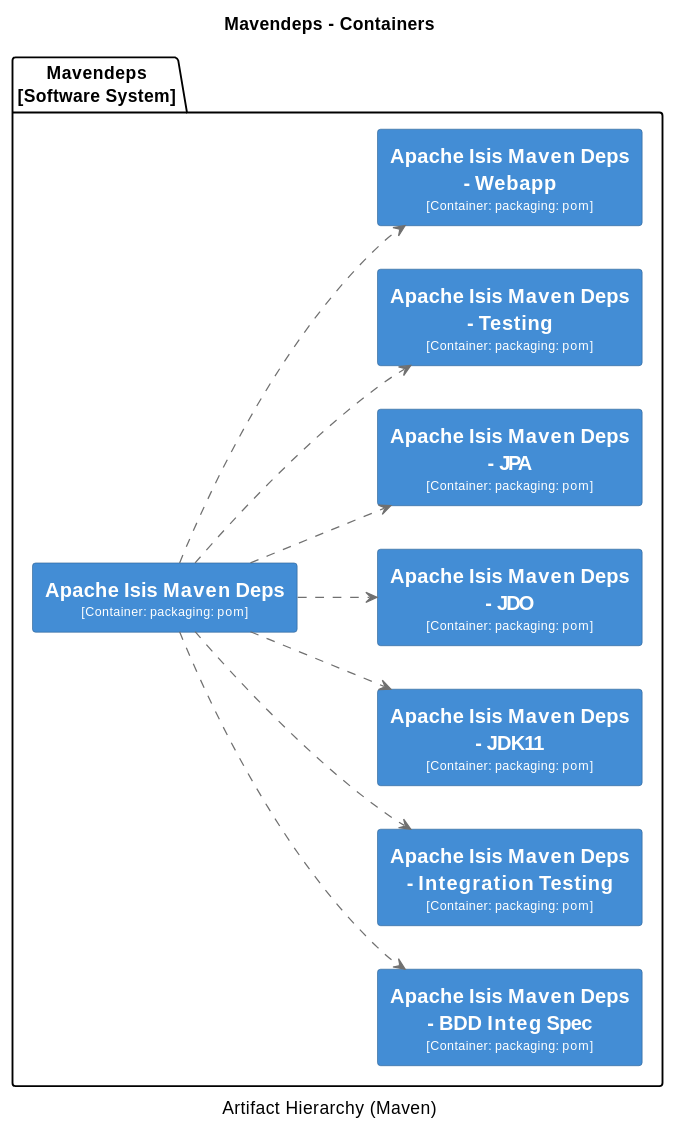
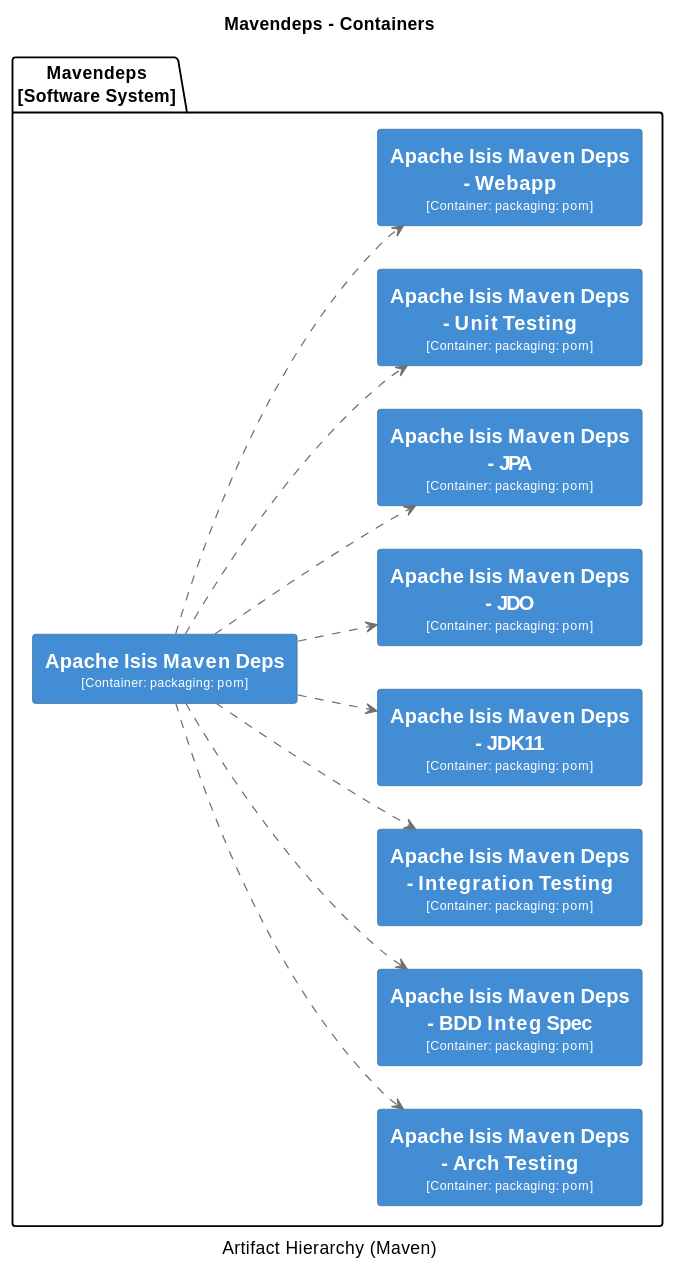
Before and after one commit to apache/causeway: the second of 38 diagrams in core/adoc/modules/_overview/pages/about.adoc, drawn with PlantUML. The commit also changed other lines of this file and 67 other files, not shown here.

```diff
--- a/core/adoc/modules/_overview/pages/about.adoc
+++ b/core/adoc/modules/_overview/pages/about.adoc
@@ -52,74 +52,81 @@
 [plantuml,Mavendeps,svg]
 ----
 @startuml(id=Mavendeps)
 title Mavendeps - Containers
 caption Artifact Hierarchy (Maven)
 
 skinparam {
   shadowing false
   arrowFontSize 10
   defaultTextAlignment center
   wrapWidth 200
   maxMessageSize 100
 }
 hide stereotype
 left to right direction
 skinparam rectangle<<2>> {
   BackgroundColor #438dd5
   FontColor #fffffe
   BorderColor #2E6295
 }
 skinparam rectangle<<3>> {
   BackgroundColor #438dd5
   FontColor #fffffe
   BorderColor #2E6295
 }
 skinparam rectangle<<4>> {
   BackgroundColor #438dd5
   FontColor #fffffe
   BorderColor #2E6295
 }
 skinparam rectangle<<5>> {
   BackgroundColor #438dd5
   FontColor #fffffe
   BorderColor #2E6295
 }
 skinparam rectangle<<6>> {
   BackgroundColor #438dd5
   FontColor #fffffe
   BorderColor #2E6295
 }
 skinparam rectangle<<7>> {
   BackgroundColor #438dd5
   FontColor #fffffe
   BorderColor #2E6295
 }
 skinparam rectangle<<8>> {
   BackgroundColor #438dd5
   FontColor #fffffe
   BorderColor #2E6295
 }
 skinparam rectangle<<9>> {
   BackgroundColor #438dd5
   FontColor #fffffe
   BorderColor #2E6295
 }
+skinparam rectangle<<10>> {
+  BackgroundColor #438dd5
+  FontColor #fffffe
+  BorderColor #2E6295
+}
 package "Mavendeps\n[Software System]" {
   rectangle "==Apache Isis Maven Deps\n<size:10>[Container: packaging: pom]</size>" <<2>> as 2
-  rectangle "==Apache Isis Maven Deps - BDD Integ Spec\n<size:10>[Container: packaging: pom]</size>" <<3>> as 3
-  rectangle "==Apache Isis Maven Deps - Integration Testing\n<size:10>[Container: packaging: pom]</size>" <<4>> as 4
-  rectangle "==Apache Isis Maven Deps - JDK11\n<size:10>[Container: packaging: pom]</size>" <<5>> as 5
-  rectangle "==Apache Isis Maven Deps - JDO\n<size:10>[Container: packaging: pom]</size>" <<6>> as 6
-  rectangle "==Apache Isis Maven Deps - JPA\n<size:10>[Container: packaging: pom]</size>" <<7>> as 7
-  rectangle "==Apache Isis Maven Deps - Testing\n<size:10>[Container: packaging: pom]</size>" <<8>> as 8
-  rectangle "==Apache Isis Maven Deps - Webapp\n<size:10>[Container: packaging: pom]</size>" <<9>> as 9
+  rectangle "==Apache Isis Maven Deps - Arch Testing\n<size:10>[Container: packaging: pom]</size>" <<3>> as 3
+  rectangle "==Apache Isis Maven Deps - BDD Integ Spec\n<size:10>[Container: packaging: pom]</size>" <<4>> as 4
+  rectangle "==Apache Isis Maven Deps - Integration Testing\n<size:10>[Container: packaging: pom]</size>" <<5>> as 5
+  rectangle "==Apache Isis Maven Deps - JDK11\n<size:10>[Container: packaging: pom]</size>" <<6>> as 6
+  rectangle "==Apache Isis Maven Deps - JDO\n<size:10>[Container: packaging: pom]</size>" <<7>> as 7
+  rectangle "==Apache Isis Maven Deps - JPA\n<size:10>[Container: packaging: pom]</size>" <<8>> as 8
+  rectangle "==Apache Isis Maven Deps - Unit Testing\n<size:10>[Container: packaging: pom]</size>" <<9>> as 9
+  rectangle "==Apache Isis Maven Deps - Webapp\n<size:10>[Container: packaging: pom]</size>" <<10>> as 10
 }
 2 .[#707070].> 3 : ""
 2 .[#707070].> 4 : ""
 2 .[#707070].> 5 : ""
 2 .[#707070].> 6 : ""
 2 .[#707070].> 7 : ""
 2 .[#707070].> 8 : ""
 2 .[#707070].> 9 : ""
+2 .[#707070].> 10 : ""
 @enduml
 ----
```
